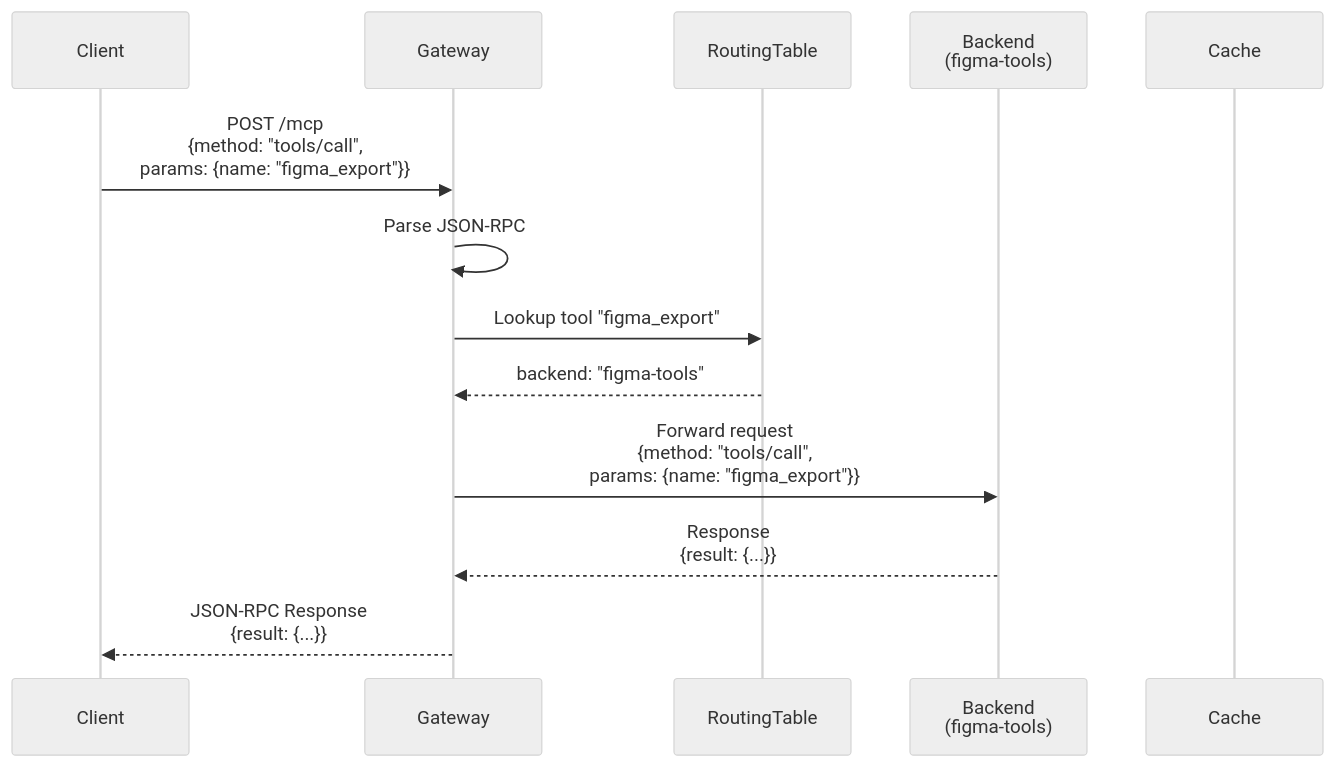
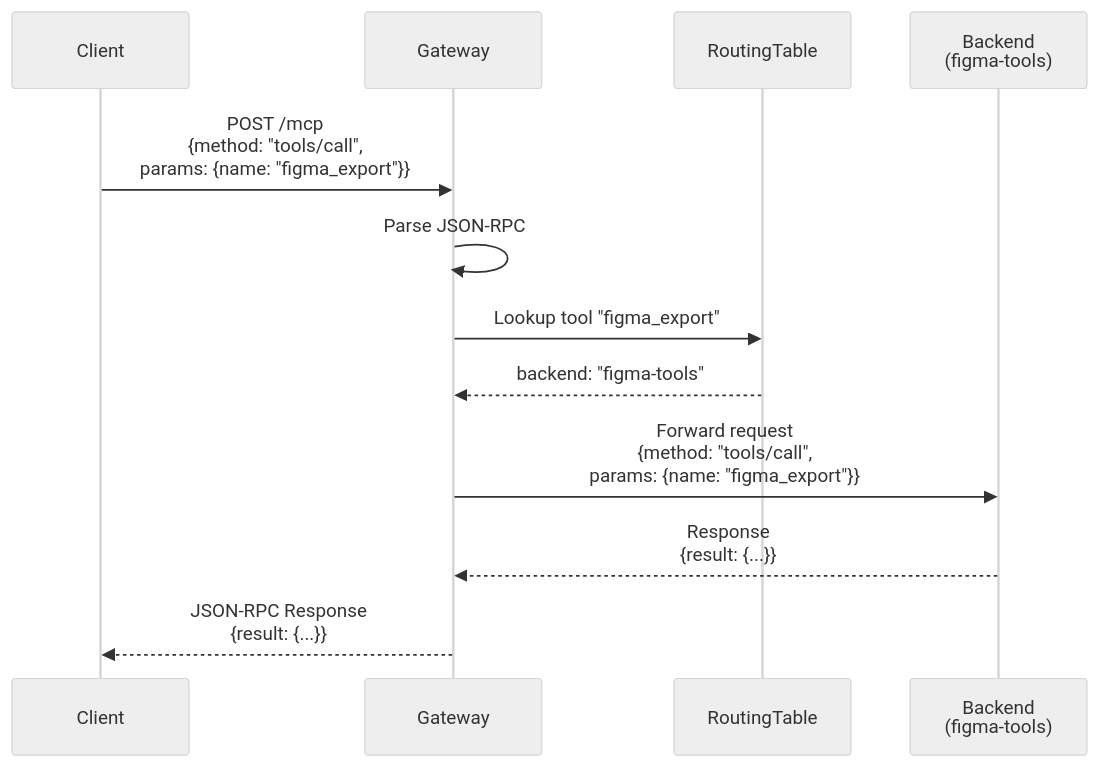
One commit to takutakahashi/awesome-mcp-proxy changed the second of 8 diagrams in docs/sequence-diagram.md. Above: the diagram before and after it, drawn with Mermaid (neutral theme). The commit also changed other lines of this file and 1 other file, not shown here.

First line of the commit message:
feat: Implement meta-tool architecture for MCP Gateway

````diff
--- a/docs/sequence-diagram.md
+++ b/docs/sequence-diagram.md
@@ -37,21 +51,20 @@
 ```mermaid
 sequenceDiagram
     participant C as Client
     participant GW as Gateway
     participant RT as RoutingTable
     participant B as Backend<br/>(figma-tools)
-    participant Cache as Cache
 
     C->>GW: POST /mcp<br/>{method: "tools/call",<br/>params: {name: "figma_export"}}
     
     GW->>GW: Parse JSON-RPC
     
     GW->>RT: Lookup tool "figma_export"
     RT-->>GW: backend: "figma-tools"
     
     GW->>B: Forward request<br/>{method: "tools/call",<br/>params: {name: "figma_export"}}
     
     B-->>GW: Response<br/>{result: {...}}
     
     GW-->>C: JSON-RPC Response<br/>{result: {...}}
 ```
````
